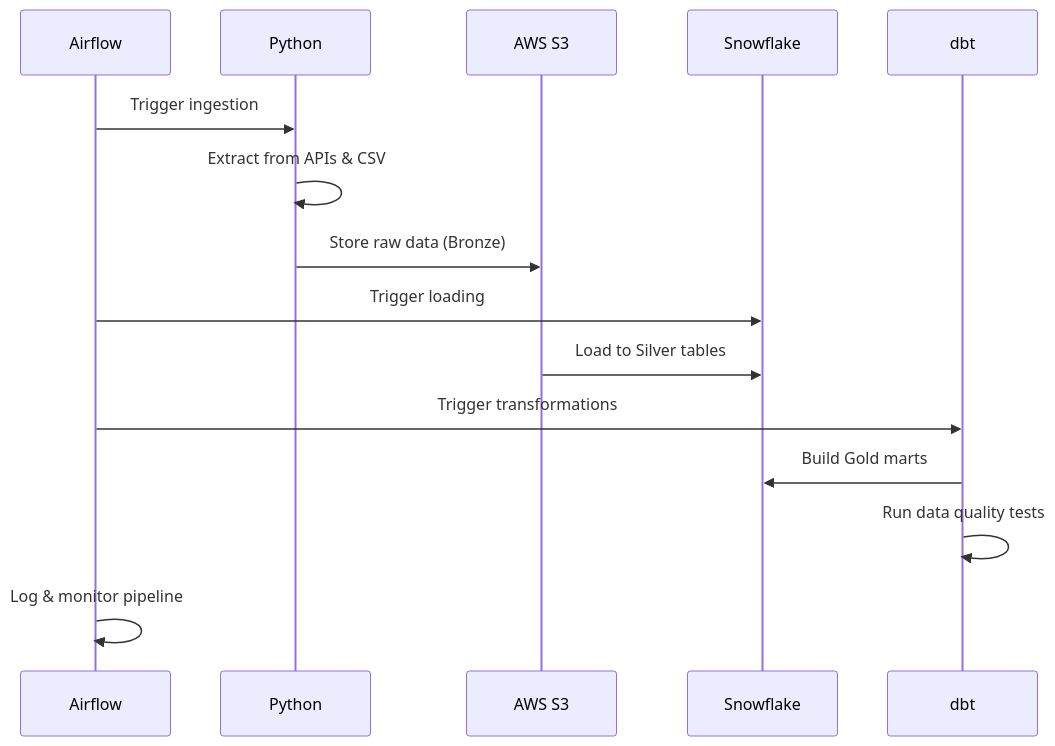
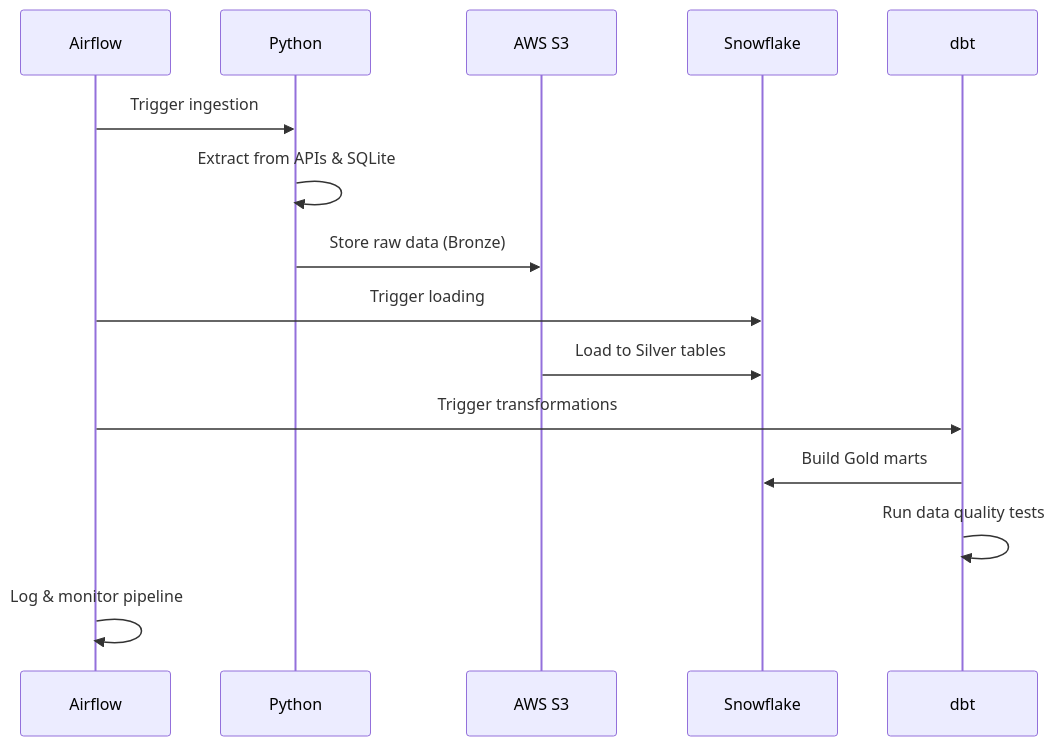
Before and after one commit to Elie-dev25/European-Football: the third of 4 diagrams in README.md, drawn with Mermaid. The commit also changed other lines of this file and 3 other files, not shown here.

````diff
--- a/README.md
+++ b/README.md
@@ -133,18 +195,18 @@
 ```mermaid
 sequenceDiagram
     participant AF as Airflow
     participant PY as Python
     participant S3 as AWS S3
     participant SF as Snowflake
     participant DBT as dbt
 
     AF->>PY: Trigger ingestion
-    PY->>PY: Extract from APIs & CSV
+    PY->>PY: Extract from APIs & SQLite
     PY->>S3: Store raw data (Bronze)
     AF->>SF: Trigger loading
     S3->>SF: Load to Silver tables
     AF->>DBT: Trigger transformations
     DBT->>SF: Build Gold marts
     DBT->>DBT: Run data quality tests
     AF->>AF: Log & monitor pipeline
 ```
````
